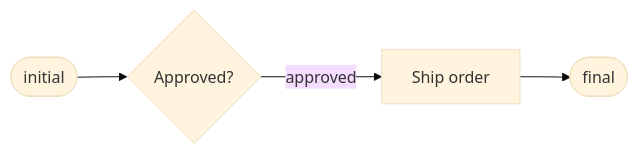
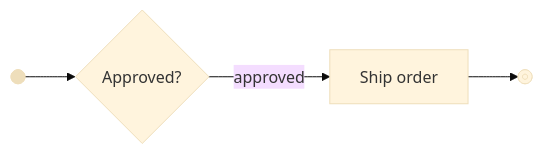
Before and after one commit to tsealex/workflow: the third of 3 diagrams in docs/EDGES.md, drawn with Mermaid (base theme). The commit also changed other lines of this file and 3 other files, not shown here.

Commit message:
Clarify workflow node descriptions and schema documentation

````diff
--- a/docs/EDGES.md
+++ b/docs/EDGES.md
@@ -110,6 +115,8 @@
 ```mermaid
 flowchart LR
-    Start([initial]) --> Decide{Approved?}
+    Start@{ shape: f-circ, label: "" }
+    Start --> Decide{Approved?}
     Decide -->|approved| Ship[Ship order]
-    Ship --> End([final])
+    End@{ shape: fr-circ, label: "" }
+    Ship --> End
 ```
````
